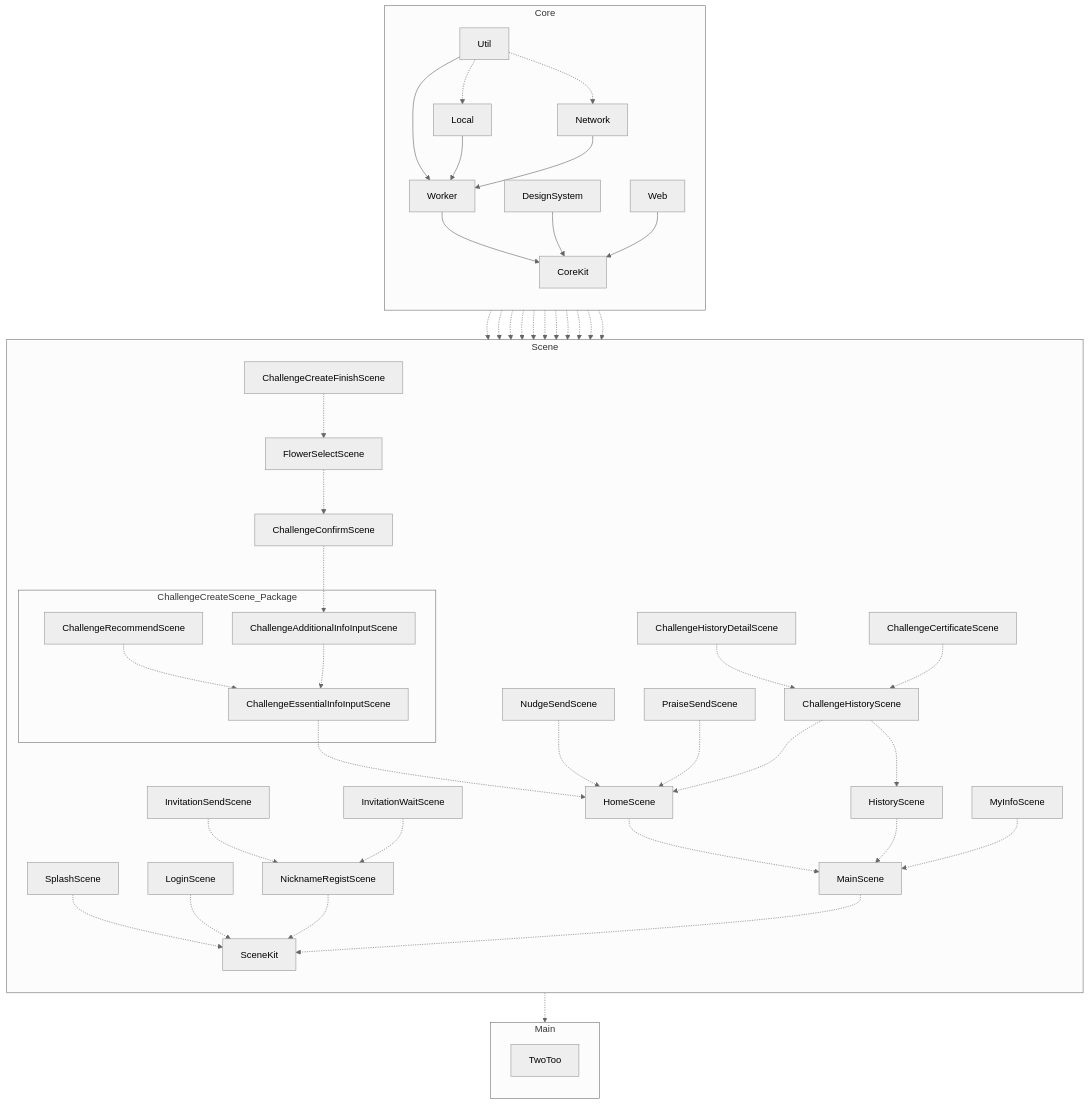
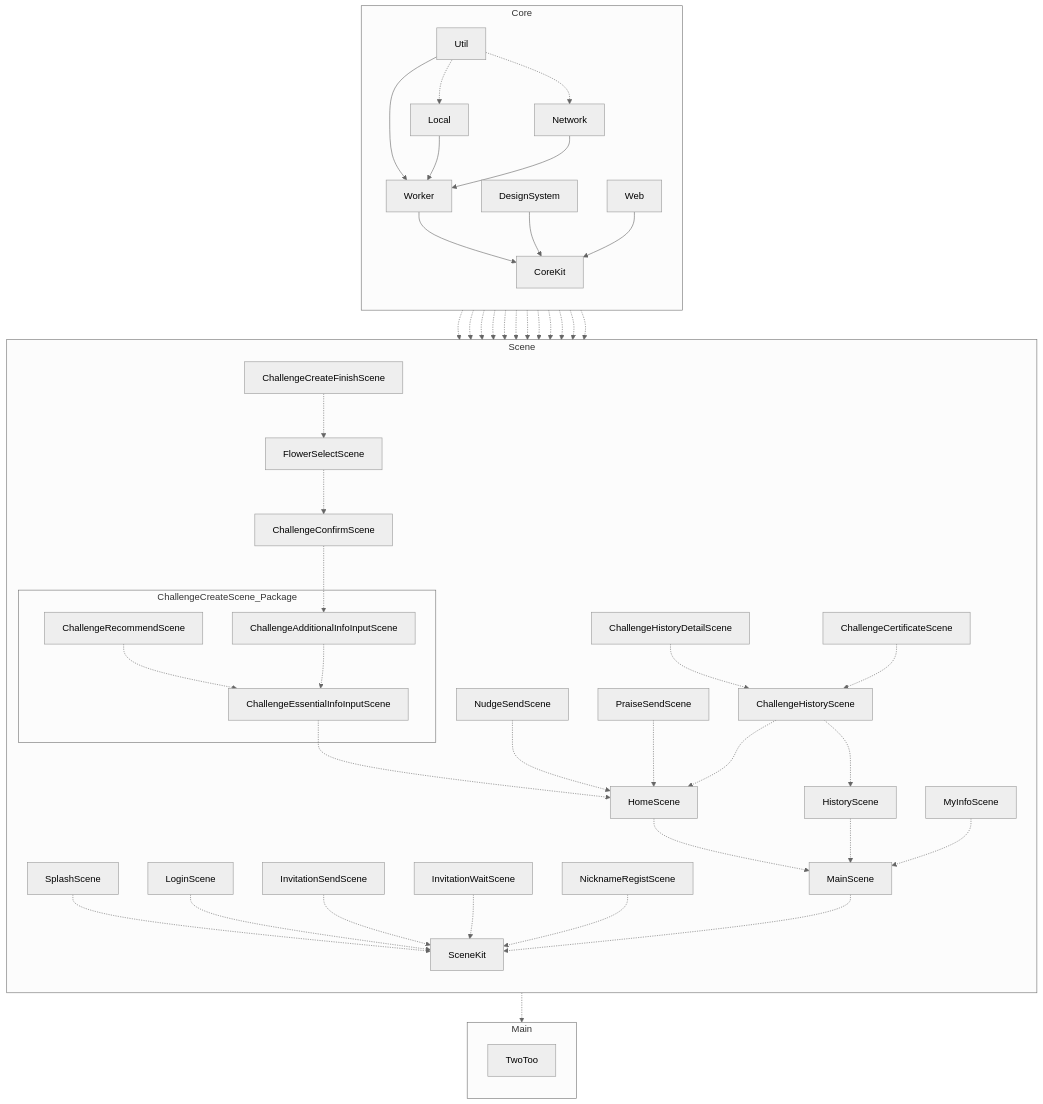
Before and after one commit to mash-up-kr/TwoToo_iOS: the diagram in README.md, drawn with Mermaid (neutral theme).

Commit message:
🎨 모듈 구조 변경에 따른 README 수정

````diff
--- a/README.md
+++ b/README.md
@@ -22,67 +22,66 @@
 ```mermaid
 graph 
     direction TB
     subgraph Core
         direction TB
         CoreKit
         DesignSystem
         Network
         Util
         Local
         Worker
         Web
     end
     subgraph Scene
         direction TB
         SceneKit
         SplashScene
         LoginScene
         NicknameRegistScene
         InvitationSendScene
         InvitationWaitScene
         MainScene
         HomeScene
         ChallengeEssentialInfoInputScene
         ChallengeAdditionalInfoInputScene
         ChallengeRecommendScene
         ChallengeConfirmScene
         FlowerSelectScene
         ChallengeCreateFinishScene
         ChallengeCertificateScene
         ChallengeHistoryScene
         ChallengeHistoryDetailScene
         NudgeSendScene
         PraiseSendScene
         HistoryScene
         MyInfoScene
 
         subgraph ChallengeCreateScene_Package
             ChallengeEssentialInfoInputScene
             ChallengeAdditionalInfoInputScene
             ChallengeRecommendScene
         end
 
     end
     subgraph Main
         direction TB
         TwoToo
     end
 
     Util -.-> Local
     Util -.-> Network
     Util & Local & Network --> Worker
     Worker & DesignSystem & Web --> CoreKit
-    SplashScene & LoginScene & NicknameRegistScene & MainScene -.-> SceneKit
-    InvitationSendScene & InvitationWaitScene -.-> NicknameRegistScene
+    SplashScene & LoginScene & InvitationSendScene & InvitationWaitScene & NicknameRegistScene & MainScene -.-> SceneKit
     HomeScene & HistoryScene & MyInfoScene -.-> MainScene
     ChallengeRecommendScene & ChallengeAdditionalInfoInputScene -.-> ChallengeEssentialInfoInputScene
     ChallengeCreateFinishScene -.-> FlowerSelectScene
     ChallengeHistoryDetailScene -.-> ChallengeHistoryScene
     ChallengeCertificateScene -.-> ChallengeHistoryScene
     ChallengeEssentialInfoInputScene & ChallengeHistoryScene & NudgeSendScene & PraiseSendScene -.-> HomeScene
     ChallengeHistoryScene -.-> HistoryScene
     ChallengeConfirmScene -.-> ChallengeAdditionalInfoInputScene
     FlowerSelectScene -.-> ChallengeConfirmScene
-    CoreKit -.-> ChallengeCreateFinishScene & ChallengeRecommendScene & MyInfoScene & PraiseSendScene & ChallengeCertificateScene & ChallengeHistoryDetailScene & NudgeSendScene & SplashScene & LoginScene & InvitationSendScene & InvitationWaitScene
+    CoreKit -.-> ChallengeCreateFinishScene & ChallengeRecommendScene & MyInfoScene & PraiseSendScene & ChallengeCertificateScene & ChallengeHistoryDetailScene & NudgeSendScene & SplashScene & LoginScene & InvitationSendScene & InvitationWaitScene & NicknameRegistScene
     SceneKit -.-> TwoToo
 ```
````
